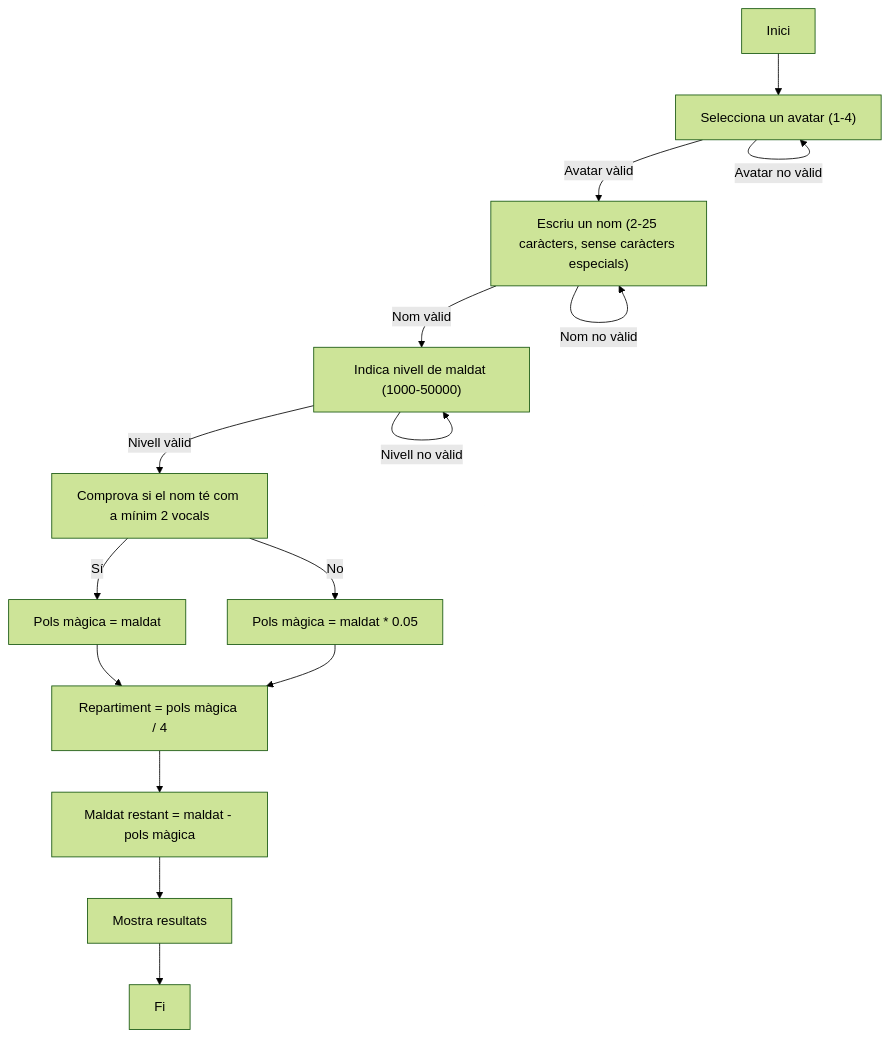
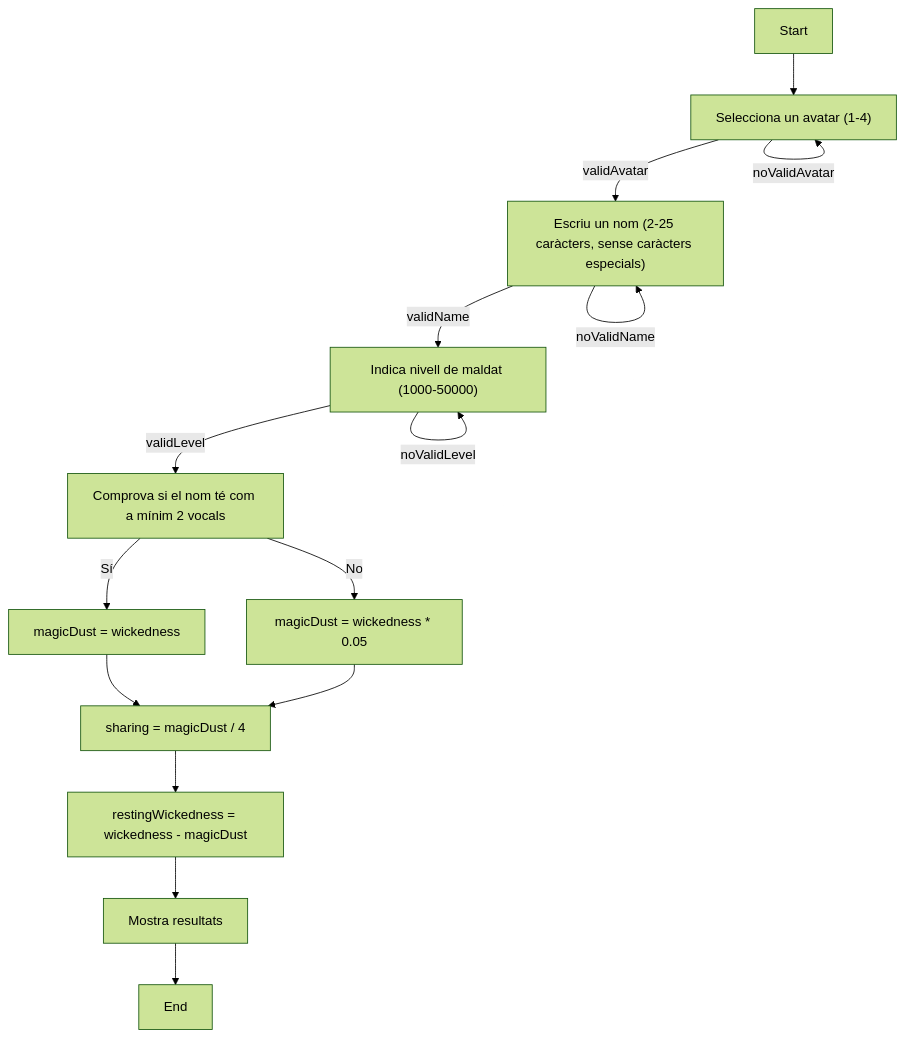
The diagram in tema_2/Activitats/T2. AC3/T2. AC3.mmd (damvdev/programacio-entorns-i-processos), drawn with Mermaid (forest theme) before and after one commit.

Commit message:
Update T2. AC3.mmd

```diff
--- a/tema_2/Activitats/T2. AC3/T2. AC3.mmd
+++ b/tema_2/Activitats/T2. AC3/T2. AC3.mmd
@@ -1,15 +1,15 @@
 flowchart TD
-    A["Inici"] --> B["Selecciona un avatar (1-4)"]
-    B -->|Avatar vàlid| C["Escriu un nom (2-25 caràcters, sense caràcters especials)"]
-    B -->|Avatar no vàlid| B
-    C -->|Nom vàlid| D["Indica nivell de maldat (1000-50000)"]
-    C -->|Nom no vàlid| C
-    D -->|Nivell vàlid| E["Comprova si el nom té com a mínim 2 vocals"]
-    D -->|Nivell no vàlid| D
-    E -->|Sí| F["Pols màgica = maldat"]
-    E -->|No| G["Pols màgica = maldat * 0.05"]
-    F --> H["Repartiment = pols màgica / 4"]
+    A["Start"] --> B["Selecciona un avatar (1-4)"]
+    B -->|validAvatar| C["Escriu un nom (2-25 caràcters, sense caràcters especials)"]
+    B -->|noValidAvatar| B
+    C -->|validName| D["Indica nivell de maldat (1000-50000)"]
+    C -->|noValidName| C
+    D -->|validLevel| E["Comprova si el nom té com a mínim 2 vocals"]
+    D -->|noValidLevel| D
+    E -->|Sí| F["magicDust = wickedness"]
+    E -->|No| G["magicDust = wickedness * 0.05"]
+    F --> H["sharing = magicDust / 4"]
     G --> H
-    H --> I["Maldat restant = maldat - pols màgica"]
+    H --> I["restingWickedness = wickedness - magicDust"]
     I --> J["Mostra resultats"]
-    J --> K["Fi"]
+    J --> K["End"]
```
